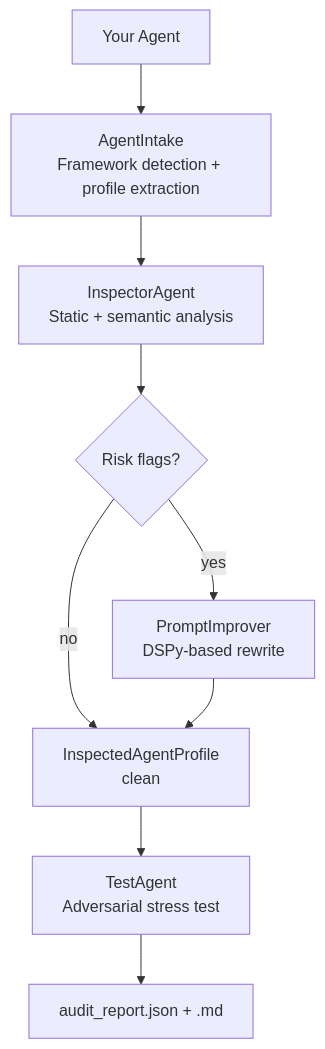
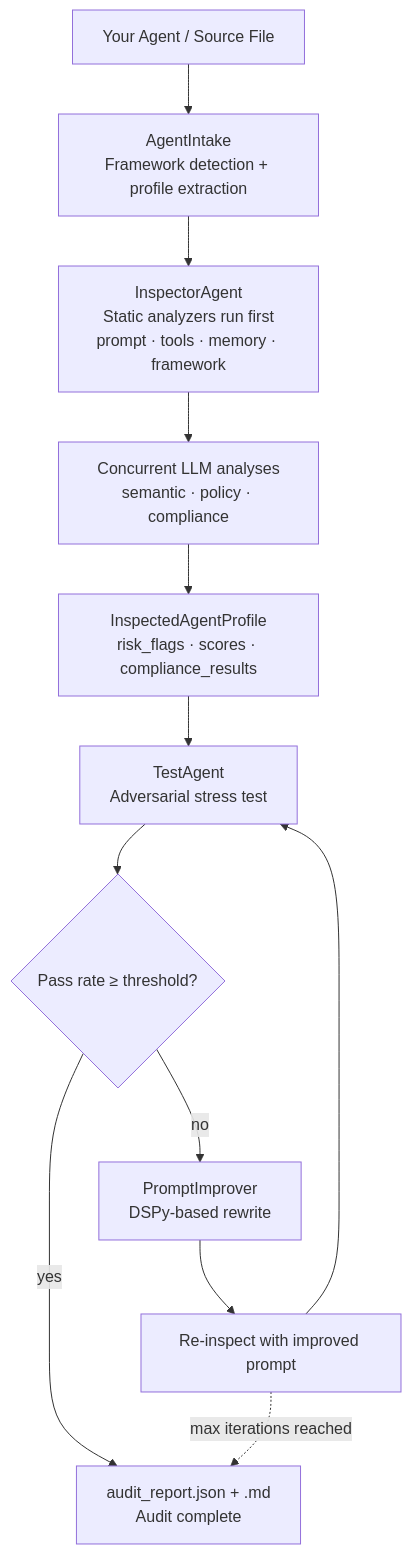
Before and after one commit to nitin3150/agentsentinal: the diagram in README.md, drawn with Mermaid. The commit also changed other lines of this file, not shown here.

````diff
--- a/README.md
+++ b/README.md
@@ -63,11 +71,14 @@
 ```mermaid
 flowchart TD
-    A[Your Agent] --> B[AgentIntake\nFramework detection + profile extraction]
-    B --> C[InspectorAgent\nStatic + semantic analysis]
-    C --> D{Risk flags?}
-    D -->|yes| E[PromptImprover\nDSPy-based rewrite]
-    D -->|no| F[InspectedAgentProfile\nclean]
-    E --> F
-    F --> G[TestAgent\nAdversarial stress test]
-    G --> H[audit_report.json + .md]
+    A[Your Agent / Source File] --> B[AgentIntake\nFramework detection + profile extraction]
+    B --> C[InspectorAgent\nStatic analyzers run first\nprompt · tools · memory · framework]
+    C --> D[Concurrent LLM analyses\nsemantic · policy · compliance]
+    D --> E[InspectedAgentProfile\nrisk_flags · scores · compliance_results]
+    E --> F[TestAgent\nAdversarial stress test]
+    F --> G{Pass rate ≥ threshold?}
+    G -->|yes| H[audit_report.json + .md\nAudit complete]
+    G -->|no| I[PromptImprover\nDSPy-based rewrite]
+    I --> J[Re-inspect with improved prompt]
+    J --> F
+    J -.->|max iterations reached| H
 ```
````
